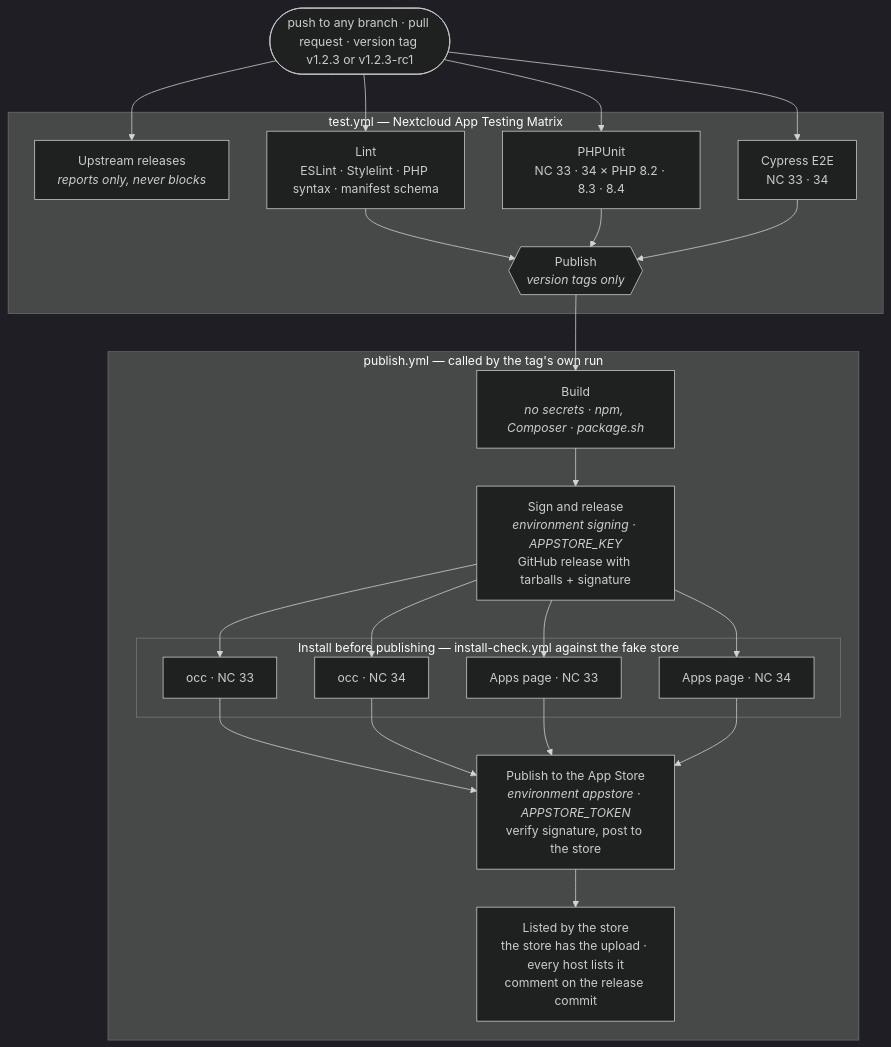
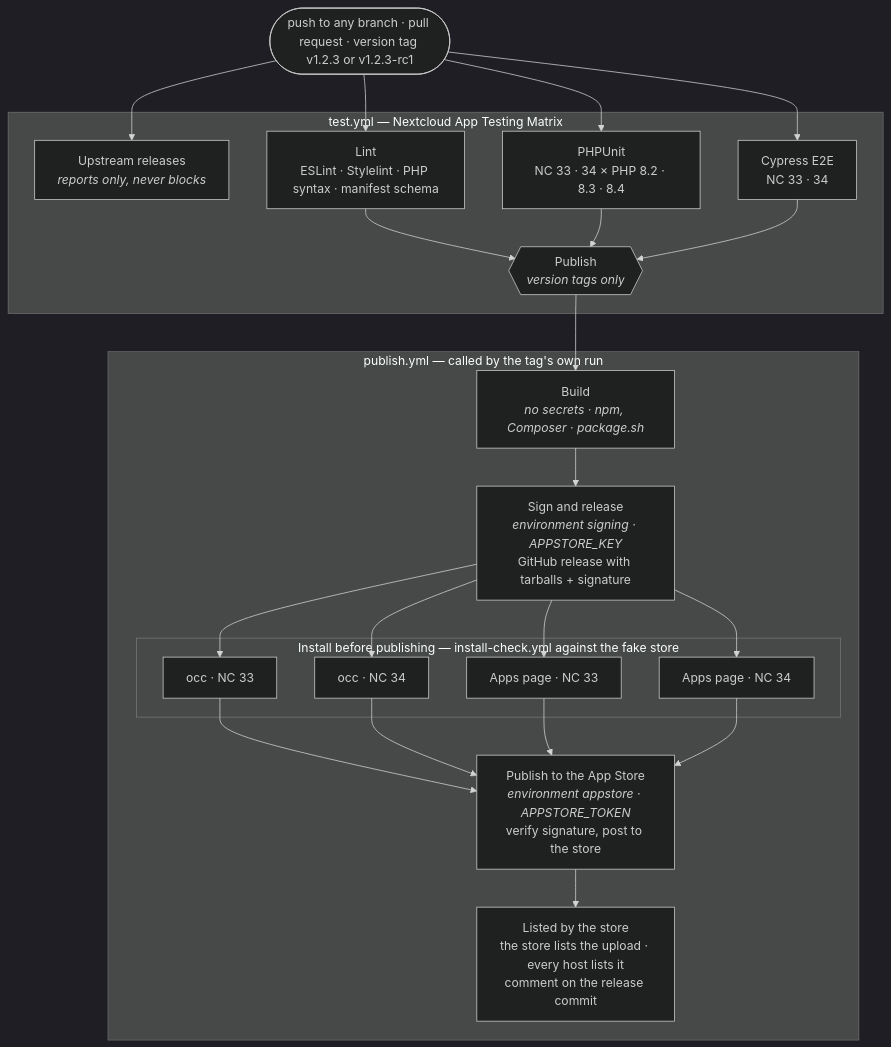
One commit to metaworx/file_checksum_search changed the diagram in docs/app-store-publishing.md. Above: the diagram before and after it, drawn with Mermaid (dark theme). The commit also changed other lines of this file and 2 other files, not shown here.

````diff
--- a/docs/app-store-publishing.md
+++ b/docs/app-store-publishing.md
@@ -175,32 +177,32 @@
 ```mermaid
 flowchart TD
     trigger(["push to any branch · pull request · version tag v1.2.3 or v1.2.3-rc1"])
 
     subgraph test ["test.yml — Nextcloud App Testing Matrix"]
         upstream["Upstream releases<br/><i>reports only, never blocks</i>"]
         lint["Lint<br/>ESLint · Stylelint · PHP syntax · manifest schema"]
         phpunit["PHPUnit<br/>NC 33 · 34 × PHP 8.2 · 8.3 · 8.4"]
         cypress["Cypress E2E<br/>NC 33 · 34"]
         publishcall{{"Publish<br/><i>version tags only</i>"}}
     end
 
     subgraph publish ["publish.yml — called by the tag's own run"]
         build["Build<br/><i>no secrets · npm, Composer · package.sh</i>"]
         sign["Sign and release<br/><i>environment signing · APPSTORE_KEY</i><br/>GitHub release with tarballs + signature"]
         subgraph precheck ["Install before publishing — install-check.yml against the fake store"]
             occ33["occ · NC 33"]
             occ34["occ · NC 34"]
             web33["Apps page · NC 33"]
             web34["Apps page · NC 34"]
         end
         store["Publish to the App Store<br/><i>environment appstore · APPSTORE_TOKEN</i><br/>verify signature, post to the store"]
-        listed["Listed by the store<br/>the store has the upload · every host lists it<br/>comment on the release commit"]
+        listed["Listed by the store<br/>the store lists the upload · every host lists it<br/>comment on the release commit"]
     end
 
     trigger --> upstream & lint & phpunit & cypress
     lint & phpunit & cypress --> publishcall
     publishcall --> build --> sign
     sign --> occ33 & occ34 & web33 & web34
     occ33 & occ34 & web33 & web34 --> store
     store --> listed
 ```
````
